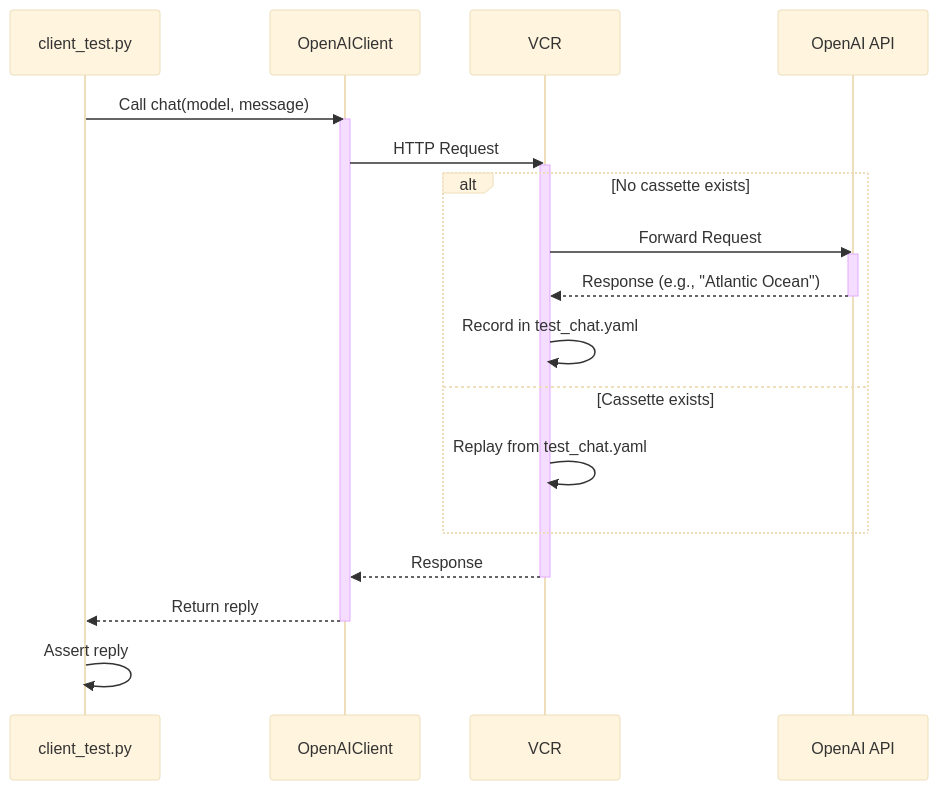
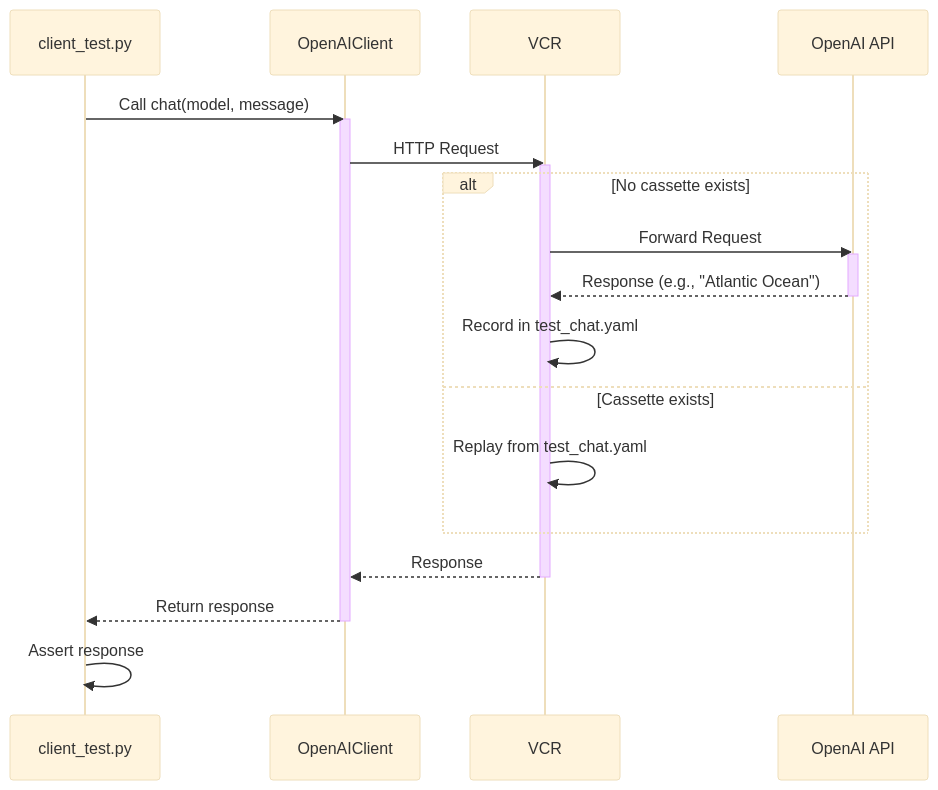
One commit to elastic/testing-genai-applications changed the diagram in 06-http-replay/README.md. Above: the diagram before and after it, drawn with Mermaid (base theme). The commit also changed other lines of this file and 39 other files, not shown here.

````diff
--- a/06-http-replay/README.md
+++ b/06-http-replay/README.md
@@ -11,26 +11,26 @@
 ```mermaid
 sequenceDiagram
     participant Test as client_test.py
     participant Client as OpenAIClient
     participant VCR
     participant API as OpenAI API
 
     Test ->> Client: Call chat(model, message)
     activate Client
     Client ->> VCR: HTTP Request
     activate VCR
     alt No cassette exists
         VCR ->> API: Forward Request
         activate API
         API -->> VCR: Response (e.g., "Atlantic Ocean")
         deactivate API
         VCR ->> VCR: Record in test_chat.yaml
     else Cassette exists
         VCR ->> VCR: Replay from test_chat.yaml
     end
     VCR -->> Client: Response
     deactivate VCR
-    Client -->> Test: Return reply
+    Client -->> Test: Return response
     deactivate Client
-    Test ->> Test: Assert reply
+    Test ->> Test: Assert response
 ```
````
